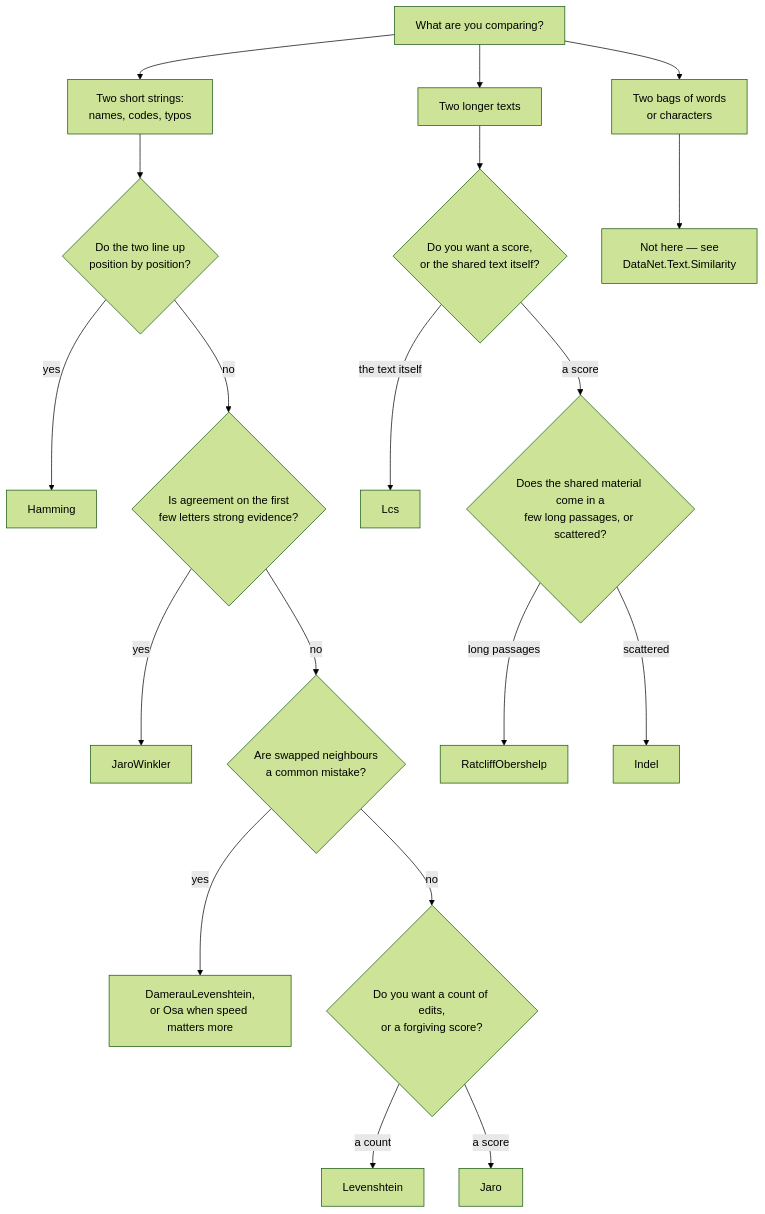
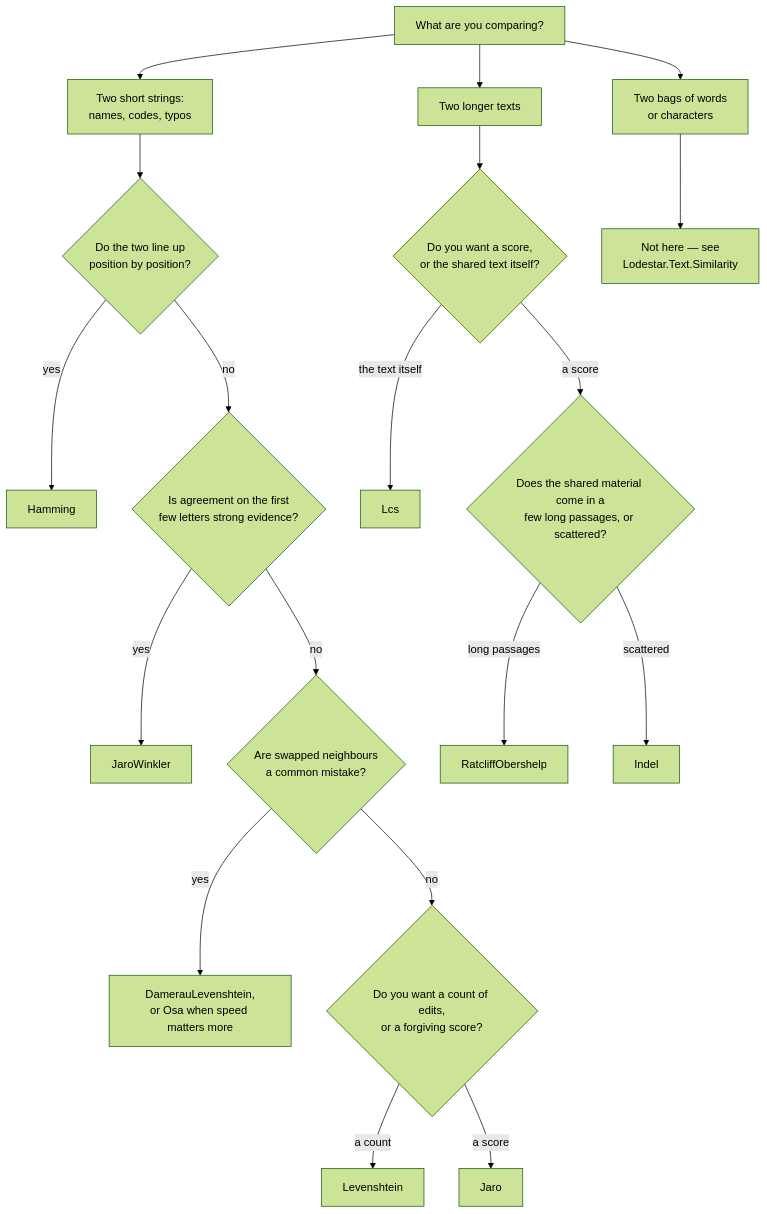
Before and after one commit to CyrilB1531/data.net: the diagram in docs/reference/text/distances.md, drawn with Mermaid (forest theme). The commit also changed other lines of this file and 257 other files, not shown here.

````diff
--- a/docs/reference/text/distances.md
+++ b/docs/reference/text/distances.md
@@ -32,21 +32,21 @@
 ```mermaid
 flowchart TD
     A["What are you comparing?"] --> B["Two short strings:<br/>names, codes, typos"]
     A --> C["Two longer texts"]
     A --> D["Two bags of words<br/>or characters"]
     B --> E{"Do the two line up<br/>position by position?"}
     E -->|yes| F["Hamming"]
     E -->|no| G{"Is agreement on the first<br/>few letters strong evidence?"}
     G -->|yes| H["JaroWinkler"]
     G -->|no| I{"Are swapped neighbours<br/>a common mistake?"}
     I -->|yes| J["DamerauLevenshtein,<br/>or Osa when speed matters more"]
     I -->|no| K{"Do you want a count of edits,<br/>or a forgiving score?"}
     K -->|a count| L["Levenshtein"]
     K -->|a score| M["Jaro"]
     C --> N{"Do you want a score,<br/>or the shared text itself?"}
     N -->|the text itself| O["Lcs"]
     N -->|a score| P{"Does the shared material come in a<br/>few long passages, or scattered?"}
     P -->|long passages| Q["RatcliffObershelp"]
     P -->|scattered| R["Indel"]
-    D --> S["Not here — see<br/>DataNet.Text.Similarity"]
+    D --> S["Not here — see<br/>Lodestar.Text.Similarity"]
 ```
````
